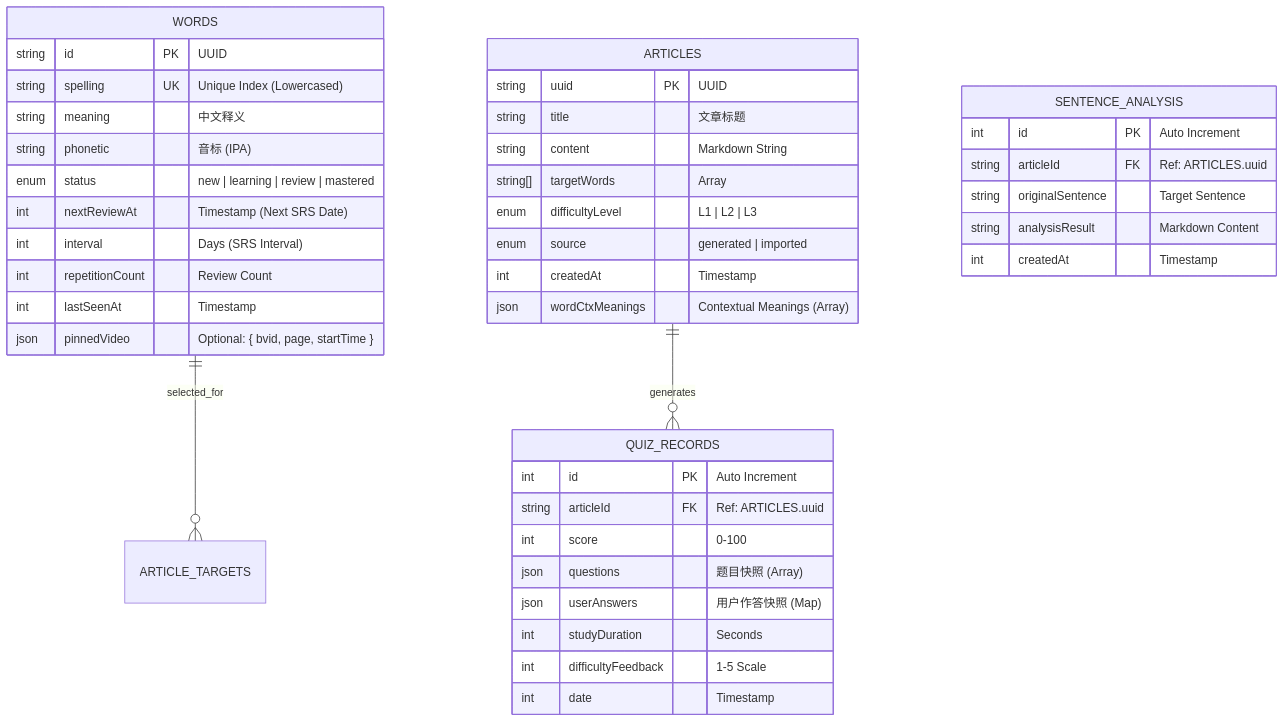
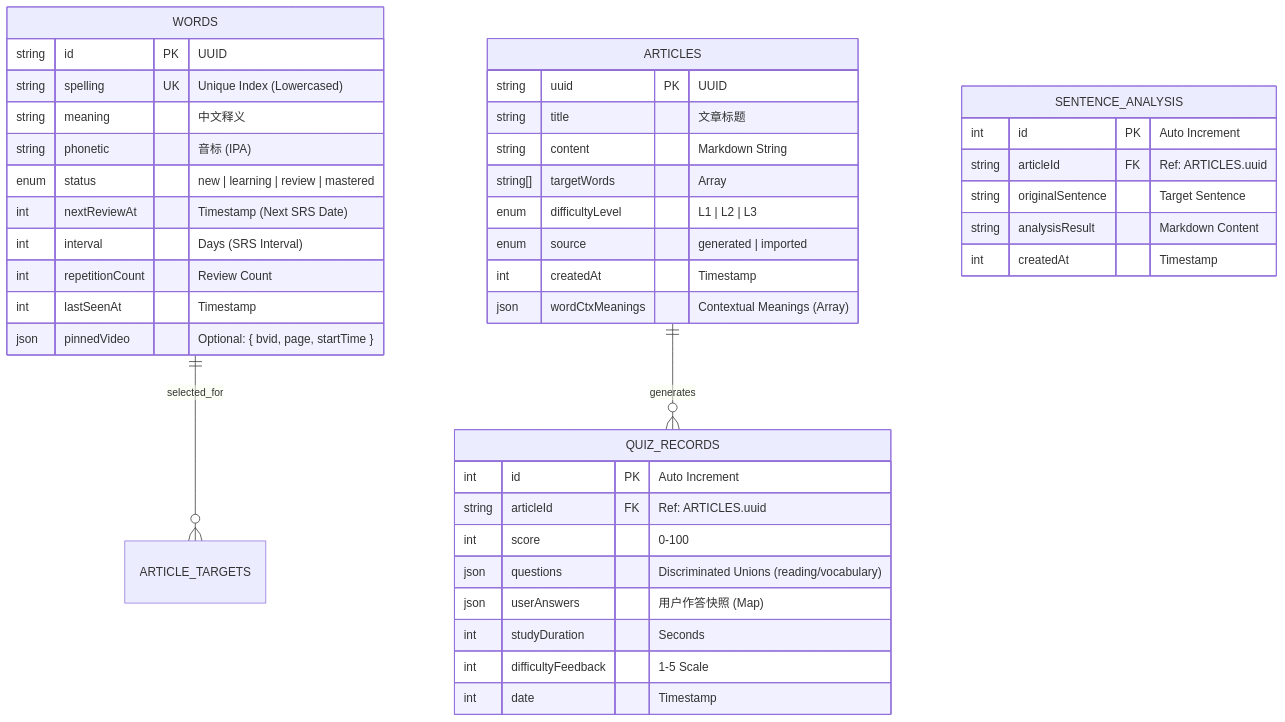
Before and after one commit to noguess/smartread: the diagram in ARCHITECTURE.md, drawn with Mermaid. The commit also changed other lines of this file and 17 other files, not shown here.

````diff
--- a/ARCHITECTURE.md
+++ b/ARCHITECTURE.md
@@ -39,48 +42,48 @@
 ```mermaid
 erDiagram
     WORDS ||--o{ ARTICLE_TARGETS : "selected_for"
     ARTICLES ||--o{ QUIZ_RECORDS : "generates"
     
     WORDS {
         string id PK "UUID"
         string spelling UK "Unique Index (Lowercased)"
         string meaning "中文释义"
         string phonetic "音标 (IPA)"
         enum status "new | learning | review | mastered"
         int nextReviewAt "Timestamp (Next SRS Date)"
         int interval "Days (SRS Interval)"
         int repetitionCount "Review Count"
         int lastSeenAt "Timestamp"
         json pinnedVideo "Optional: { bvid, page, startTime }"
     }
 
     ARTICLES {
         string uuid PK "UUID"
         string title "文章标题"
         string content "Markdown String"
         string[] targetWords "Array<Word.spelling>"
         enum difficultyLevel "L1 | L2 | L3"
         enum source "generated | imported"
         int createdAt "Timestamp"
         json wordCtxMeanings "Contextual Meanings (Array)"
     }
 
     QUIZ_RECORDS {
         int id PK "Auto Increment"
         string articleId FK "Ref: ARTICLES.uuid"
         int score "0-100"
-        json questions "题目快照 (Array)"
+        json questions "Discriminated Unions (reading/vocabulary)"
         json userAnswers "用户作答快照 (Map)"
         int studyDuration "Seconds"
         int difficultyFeedback "1-5 Scale"
         int date "Timestamp"
     }
 
     SENTENCE_ANALYSIS {
         int id PK "Auto Increment"
         string articleId FK "Ref: ARTICLES.uuid"
         string originalSentence "Target Sentence"
         string analysisResult "Markdown Content"
         int createdAt "Timestamp"
     }
 ```
````
